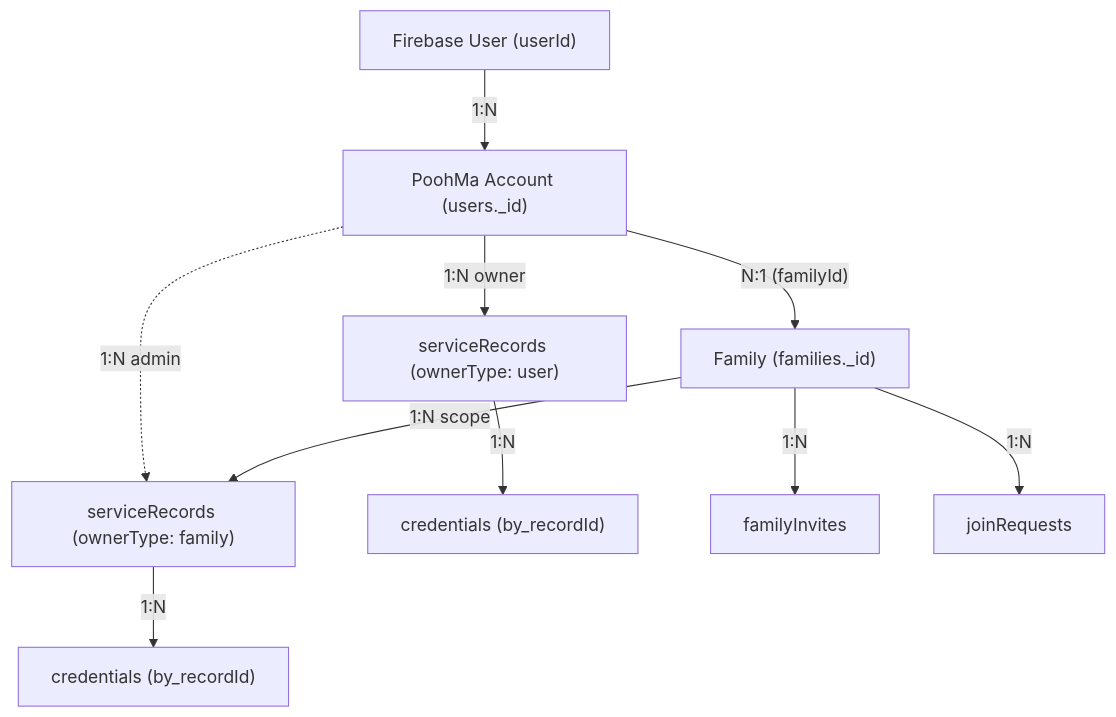
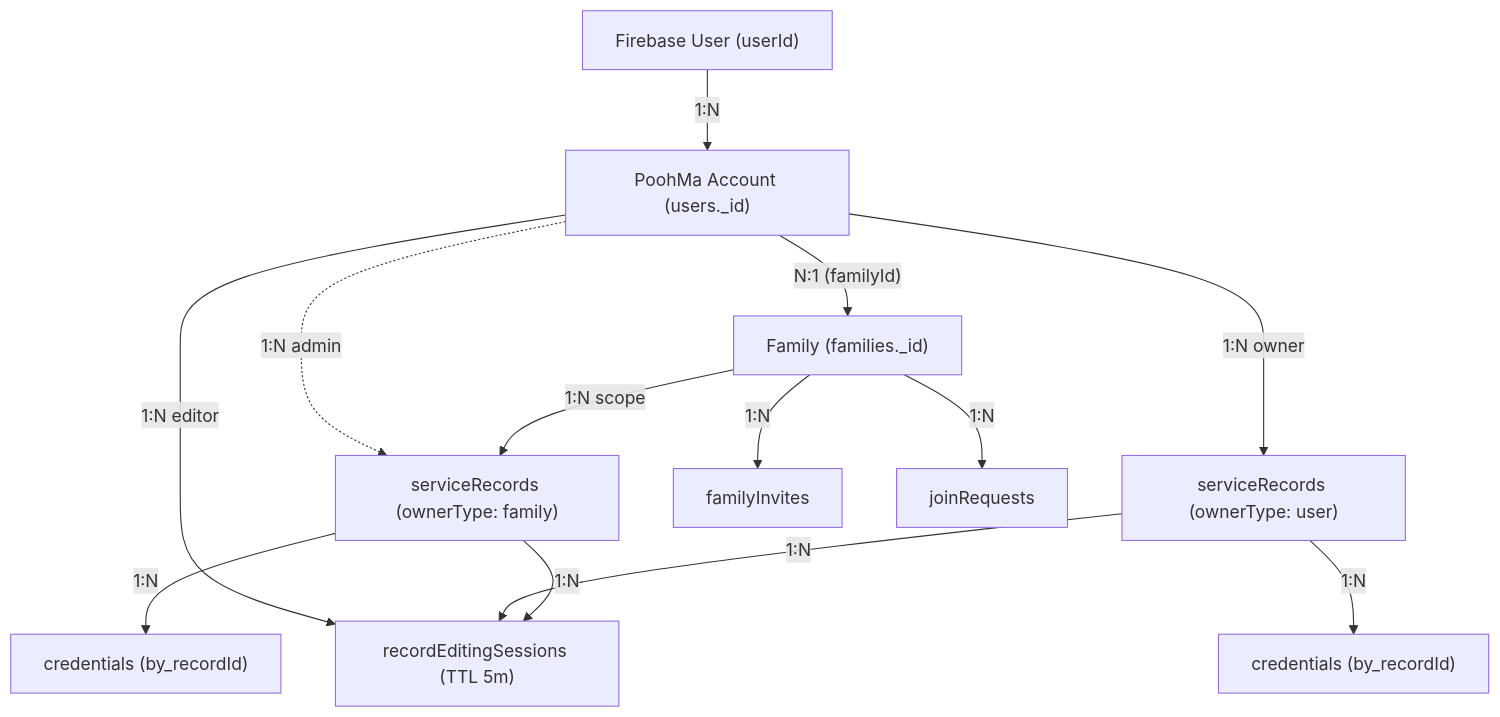
One commit to luthpg/poohma changed the first of 6 diagrams in .ai/domain.md. Above: the diagram before and after it, drawn with Mermaid. The commit also changed other lines of this file and 13 other files, not shown here.

````diff
--- a/.ai/domain.md
+++ b/.ai/domain.md
@@ -9,15 +9,18 @@
 ```mermaid
 flowchart TD
     FirebaseUser["Firebase User (userId)"] -->|"1:N"| PoohMaAccount["PoohMa Account (users._id)"]
     PoohMaAccount -->|"N:1 (familyId)"| Family["Family (families._id)"]
     
     PoohMaAccount -->|"1:N owner"| RecUser["serviceRecords (ownerType: user)"]
     PoohMaAccount -.->|"1:N admin"| RecFamily["serviceRecords (ownerType: family)"]
+    PoohMaAccount -->|"1:N editor"| EditSession["recordEditingSessions (TTL 5m)"]
     
     RecUser -->|"1:N"| CredsUser["credentials (by_recordId)"]
     RecFamily -->|"1:N"| CredsFamily["credentials (by_recordId)"]
+    RecUser -->|"1:N"| EditSession
+    RecFamily -->|"1:N"| EditSession
     
     Family -->|"1:N scope"| RecFamily
     Family -->|"1:N"| Invites["familyInvites"]
     Family -->|"1:N"| JoinReqs["joinRequests"]
 ```
````
